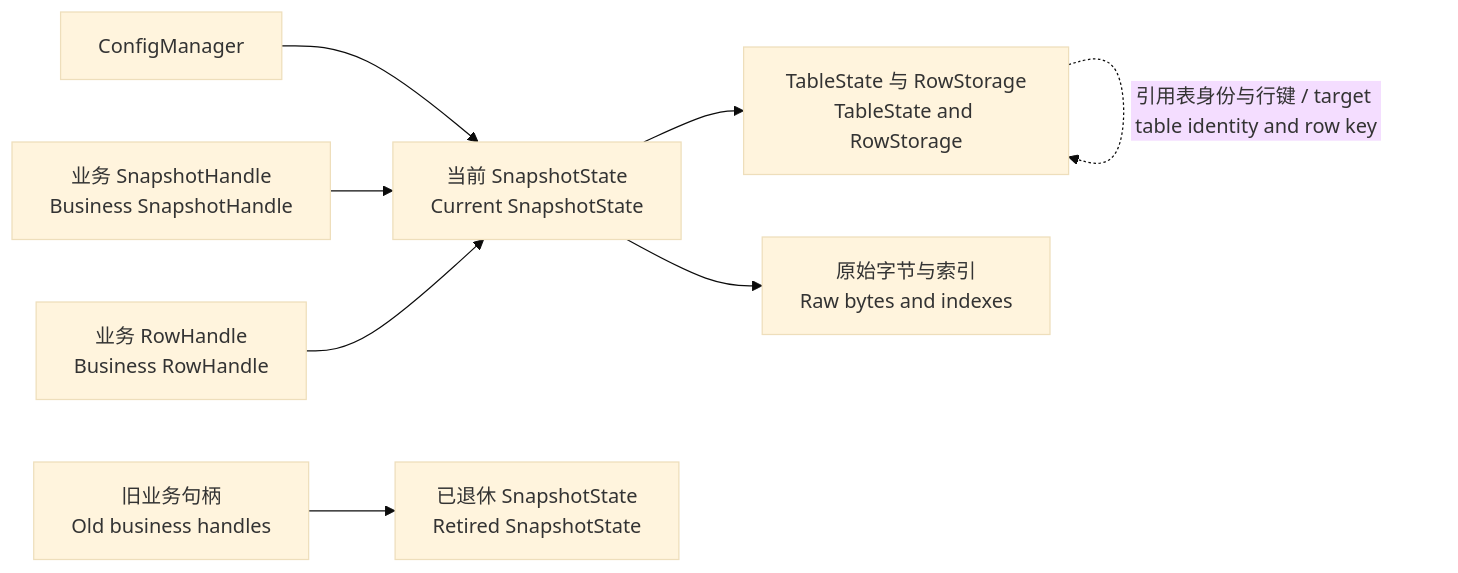
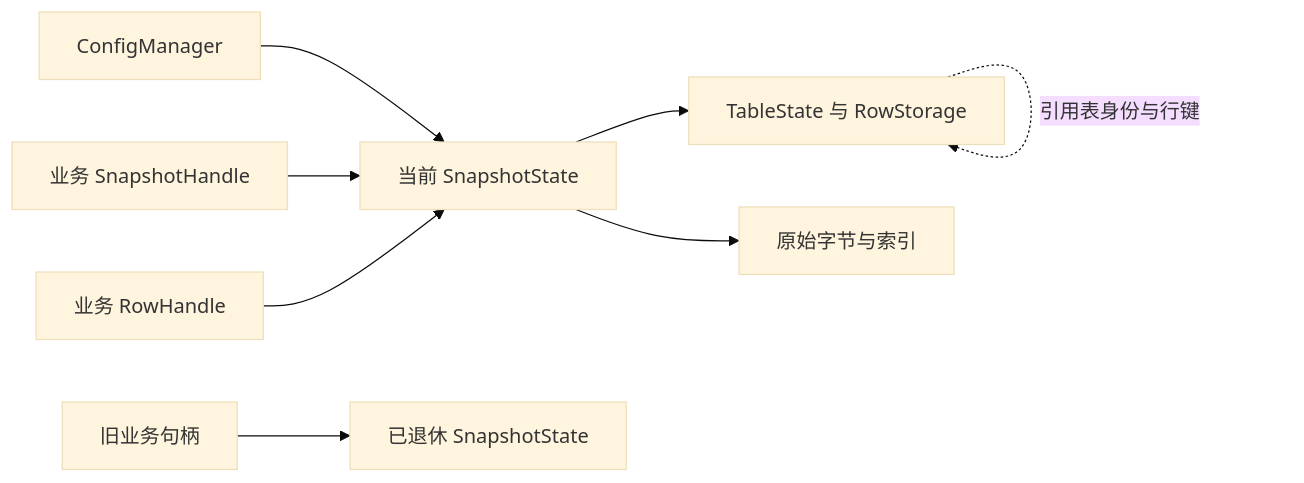
The diagram in docs/server-runtime-design.md (zhanglinshuia-code/ZrConfig), drawn with Mermaid (base theme) before and after one commit. The commit also changed other lines of this file and 34 other files, not shown here.

````diff
--- a/docs/server-runtime-design.md
+++ b/docs/server-runtime-design.md
@@ -527,10 +314,10 @@
 ```mermaid
 flowchart LR
-    M[ConfigManager] --> S[当前 SnapshotState<br/>Current SnapshotState]
-    H[业务 SnapshotHandle<br/>Business SnapshotHandle] --> S
-    R[业务 RowHandle<br/>Business RowHandle] --> S
-    S --> T[TableState 与 RowStorage<br/>TableState and RowStorage]
-    S --> B[原始字节与索引<br/>Raw bytes and indexes]
-    T -. 引用表身份与行键 / target table identity and row key .-> T
-    O[旧业务句柄<br/>Old business handles] --> P[已退休 SnapshotState<br/>Retired SnapshotState]
+    M[ConfigManager] --> S[当前 SnapshotState]
+    H[业务 SnapshotHandle] --> S
+    R[业务 RowHandle] --> S
+    S --> T[TableState 与 RowStorage]
+    S --> B[原始字节与索引]
+    T -. 引用表身份与行键 .-> T
+    O[旧业务句柄] --> P[已退休 SnapshotState]
 ```
````
